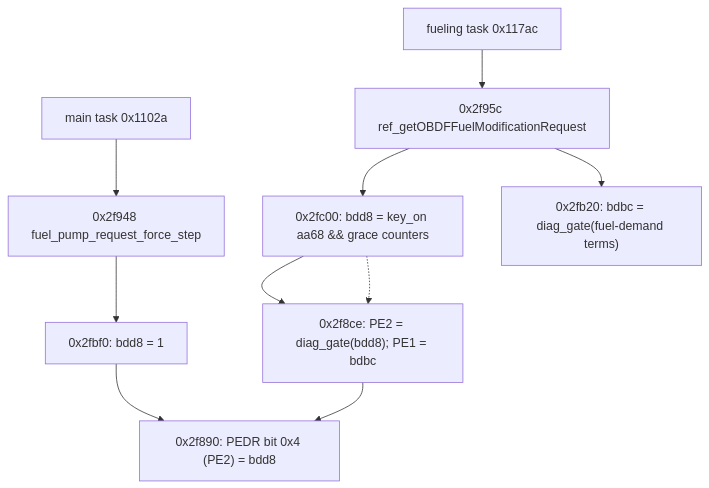
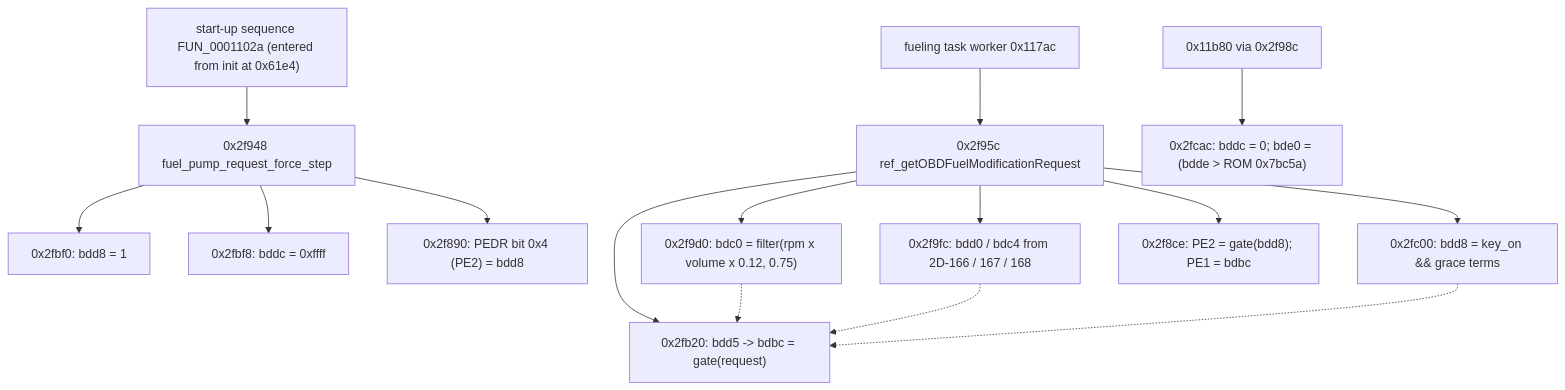
Before and after one commit to sirhamsteralot/HEE-Rx8-Reverse-Engineering: the diagram in docs/subsystem-logic/fuel_pump_control_report.md, drawn with Mermaid. The commit also changed other lines of this file and 152 other files, not shown here.

````diff
--- a/docs/subsystem-logic/fuel_pump_control_report.md
+++ b/docs/subsystem-logic/fuel_pump_control_report.md
@@ -74,8 +79,17 @@
 ```mermaid
 flowchart TD
-    T0["main task 0x1102a"] --> F["0x2f948 fuel_pump_request_force_step"] --> S["0x2fbf0: bdd8 = 1"] --> O1["0x2f890: PEDR bit 0x4 (PE2) = bdd8"]
-    T1["fueling task 0x117ac"] --> B["0x2f95c ref_getOBDFFuelModificationRequest"] --> C["0x2fc00: bdd8 = key_on aa68 && grace counters"] --> G["0x2f8ce: PE2 = diag_gate(bdd8); PE1 = bdbc"]
-    B --> D["0x2fb20: bdbc = diag_gate(fuel-demand terms)"]
-    C -.-> G
-    G --> O1
+    T0["start-up sequence FUN_0001102a (entered from init at 0x61e4)"] --> F["0x2f948 fuel_pump_request_force_step"]
+    F --> S["0x2fbf0: bdd8 = 1"]
+    F --> N["0x2fbf8: bddc = 0xffff"]
+    F --> O1["0x2f890: PEDR bit 0x4 (PE2) = bdd8"]
+    T1["fueling task worker 0x117ac"] --> W["0x2f95c ref_getOBDFuelModificationRequest"]
+    W --> C["0x2fc00: bdd8 = key_on && grace terms"]
+    W --> D["0x2f9d0: bdc0 = filter(rpm x volume x 0.12, 0.75)"]
+    W --> M["0x2f9fc: bdd0 / bdc4 from 2D-166 / 167 / 168"]
+    W --> P["0x2fb20: bdd5 -> bdbc = gate(request)"]
+    W --> O2["0x2f8ce: PE2 = gate(bdd8); PE1 = bdbc"]
+    T2["0x11b80 via 0x2f98c"] --> E["0x2fcac: bddc = 0; bde0 = (bdde > ROM 0x7bc5a)"]
+    D -.-> P
+    M -.-> P
+    C -.-> P
 ```
````
